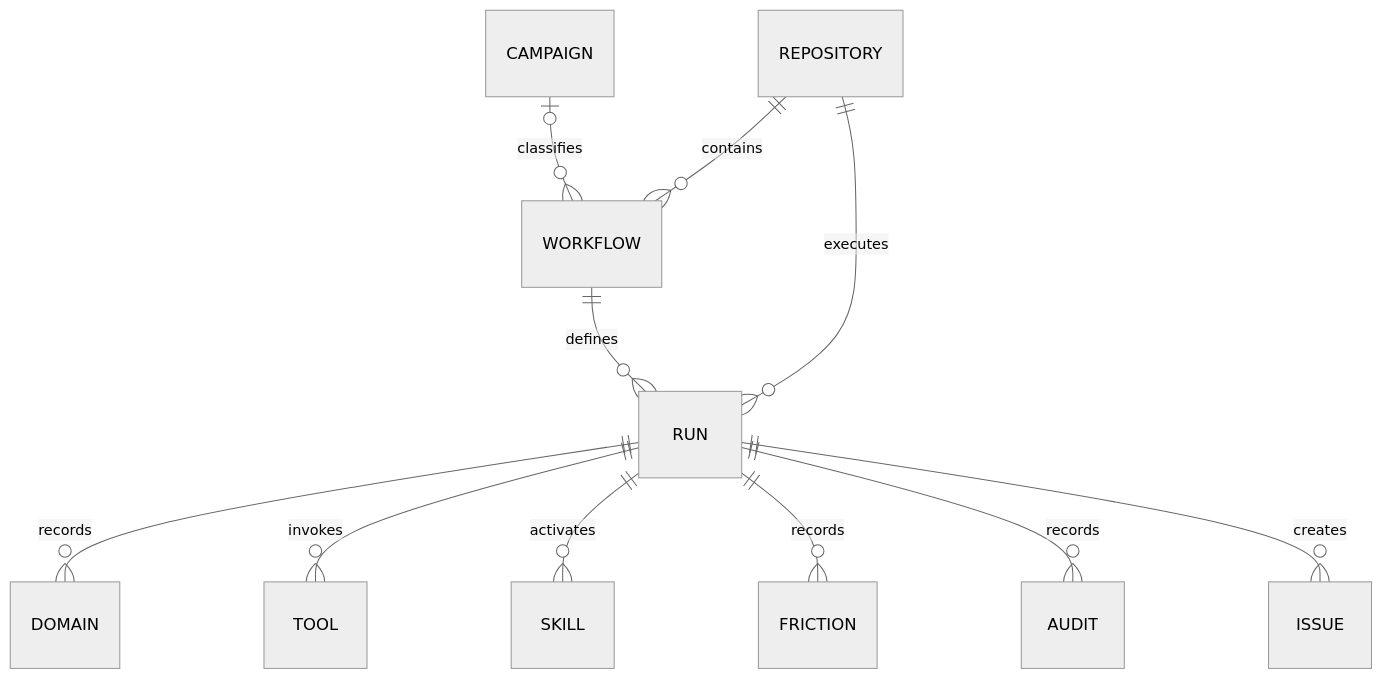
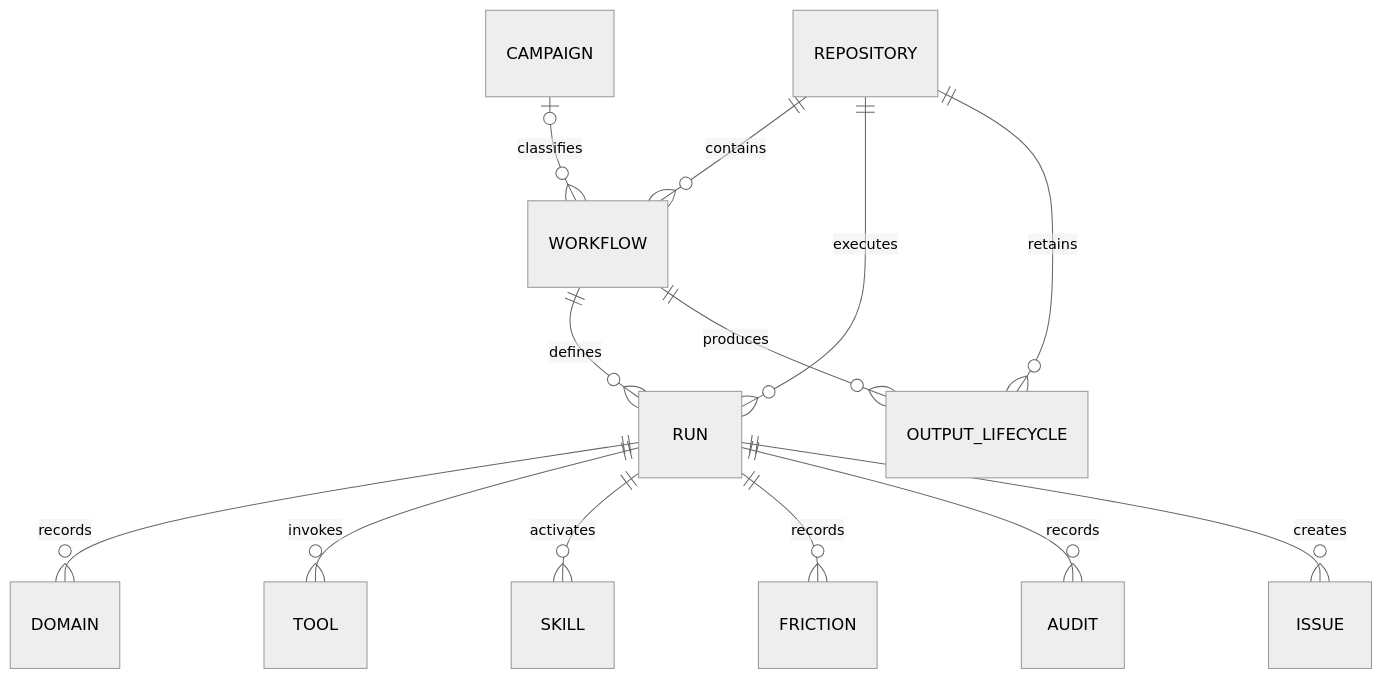
The diagram in docs/dashboard-data-model.md (githubnext/gh-cao), drawn with Mermaid (neutral theme) before and after one commit. The commit also changed other lines of this file and 75 other files, not shown here.

Commit message:
Add universal safe-output lifecycle

````diff
--- a/docs/dashboard-data-model.md
+++ b/docs/dashboard-data-model.md
@@ -31,15 +31,17 @@
 ```mermaid
 erDiagram
   accTitle: Canonical execution lineage
-  accDescr: Repositories contain workflows and execute runs. Campaign membership is optional. Each run owns Domain, Tool, Skill, Friction, Audit and Issue records. This map is an execution-lineage subset, not the complete schema.
+  accDescr: Repositories contain workflows and execute runs. Campaign membership is optional. Each run owns Domain, Tool, Skill, Friction, Audit and Issue records. Safe-output lifecycle is retained by repository and workflow independently of run detail.
   CAMPAIGN o|--o{ WORKFLOW : classifies
   REPOSITORY ||--o{ WORKFLOW : contains
   REPOSITORY ||--o{ RUN : executes
   WORKFLOW ||--o{ RUN : defines
   RUN ||--o{ DOMAIN : records
   RUN ||--o{ TOOL : invokes
   RUN ||--o{ SKILL : activates
   RUN ||--o{ FRICTION : records
   RUN ||--o{ AUDIT : records
   RUN ||--o{ ISSUE : creates
+  REPOSITORY ||--o{ OUTPUT_LIFECYCLE : retains
+  WORKFLOW ||--o{ OUTPUT_LIFECYCLE : produces
 ```
````
